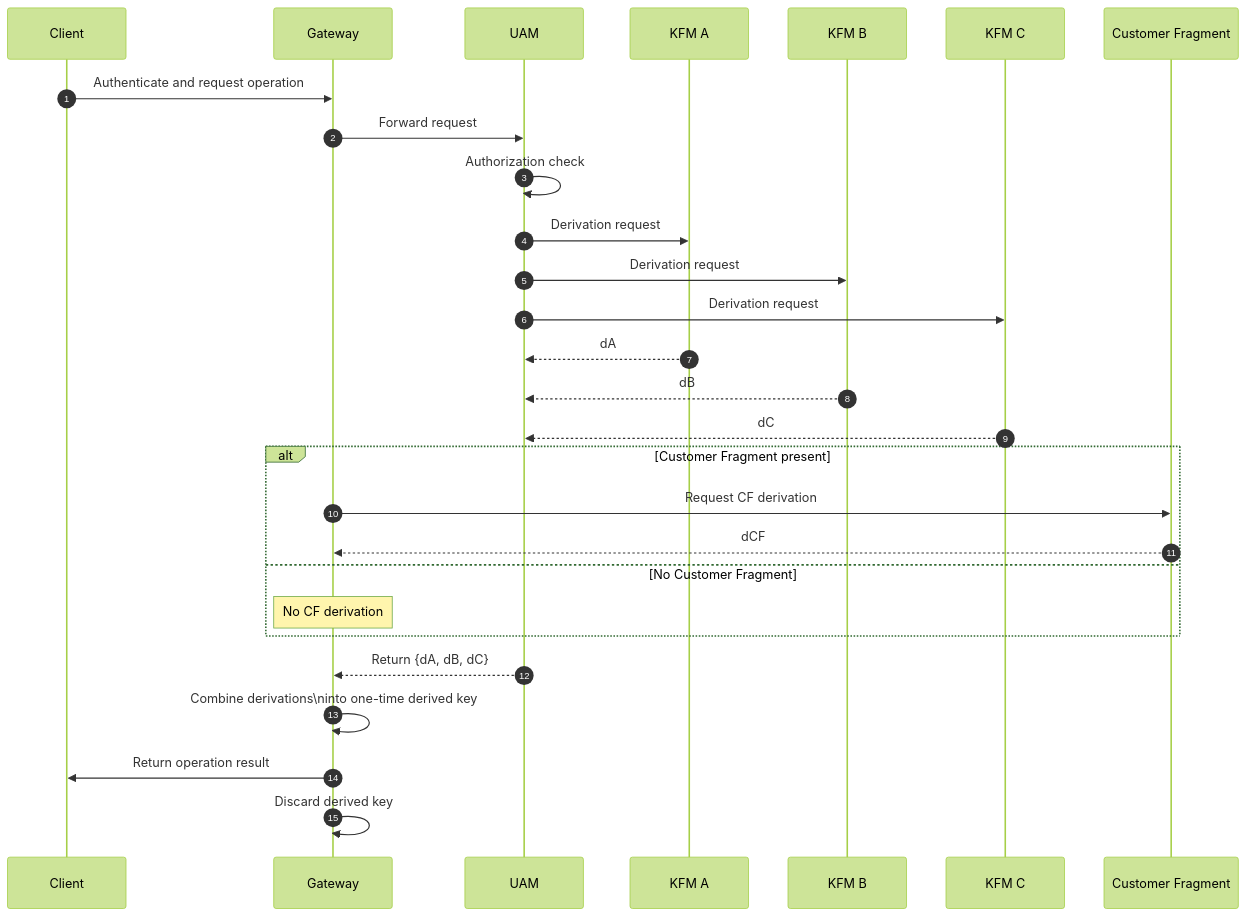
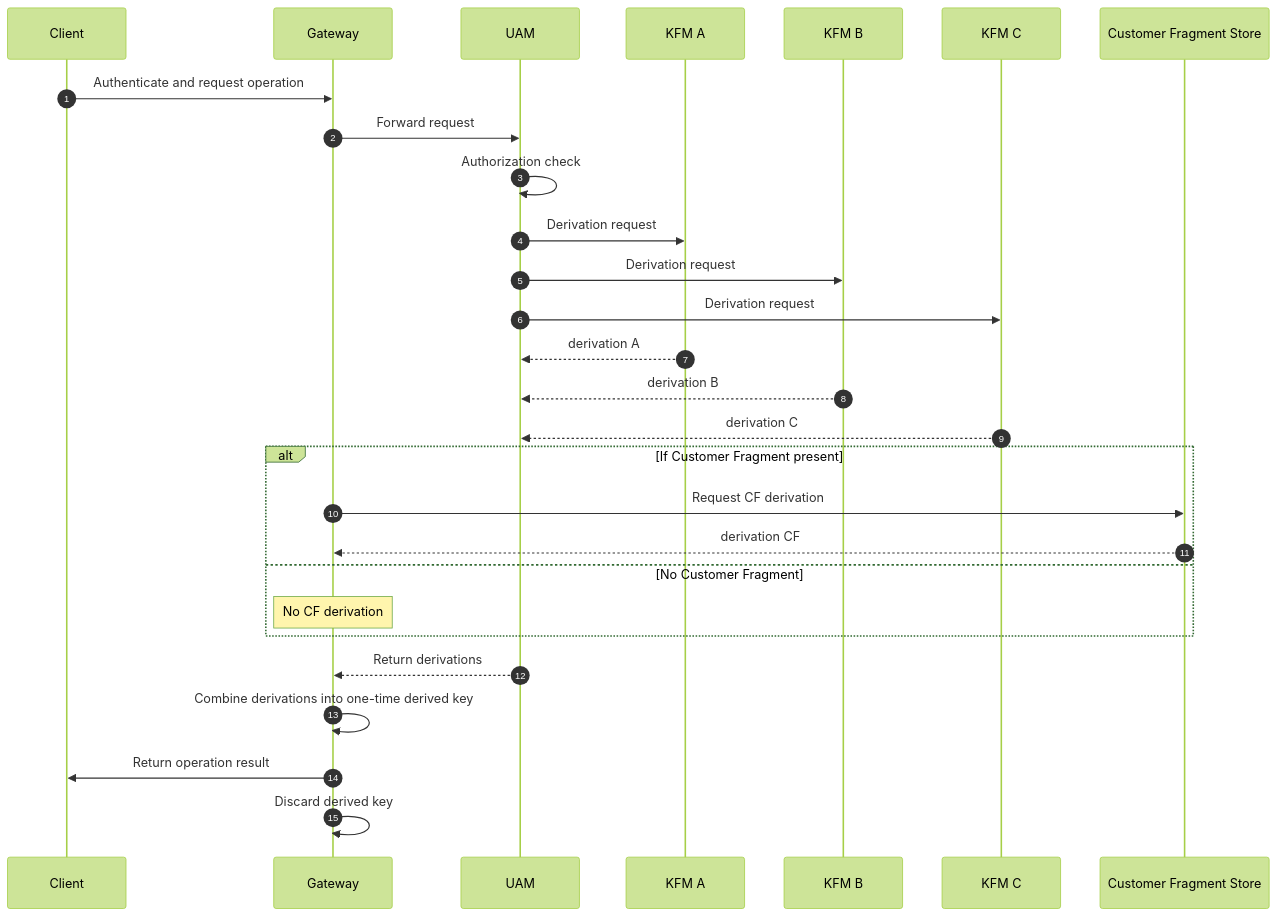
Before and after one commit to akeylesslabs/technical-documentation: the diagram in docs/Getting Started/dfc-deep-dive.md, drawn with Mermaid (forest theme).

Commit message:
Update doc `dfc-deep-dive`

````diff
--- a/docs/Getting Started/dfc-deep-dive.md
+++ b/docs/Getting Started/dfc-deep-dive.md
@@ -100,44 +100,44 @@
 ```mermaid
 sequenceDiagram
     autonumber
 
     participant C as Client
     participant G as Gateway
     participant U as UAM
     participant K1 as KFM A
     participant K2 as KFM B
     participant K3 as KFM C
-    participant CF as Customer Fragment
+    participant CF as Customer Fragment Store
 
     %% 1. Client authenticates
     C ->> G: Authenticate and request operation
 
     %% 2. UAM authorizes
     G ->> U: Forward request
     U ->> U: Authorization check
 
     %% 3. Parallel fragment derivation
     U ->> K1: Derivation request
     U ->> K2: Derivation request
     U ->> K3: Derivation request
 
-    K1 -->> U: dA
-    K2 -->> U: dB
-    K3 -->> U: dC
+    K1 -->> U: derivation A
+    K2 -->> U: derivation B
+    K3 -->> U: derivation C
 
-    alt Customer Fragment present
+    alt If Customer Fragment present
         G ->> CF: Request CF derivation
-        CF -->> G: dCF
+        CF -->> G: derivation CF
     else No Customer Fragment
         Note over G: No CF derivation
     end
 
     %% 4. Derivation aggregation
-    U -->> G: Return {dA, dB, dC}
-    G ->> G: Combine derivations\ninto one-time derived key
+    U -->> G: Return derivations
+    G ->> G: Combine derivations into one-time derived key
 
     %% 5. Operation execution
     G ->> C: Return operation result
     G ->> G: Discard derived key
 
 ```
````
